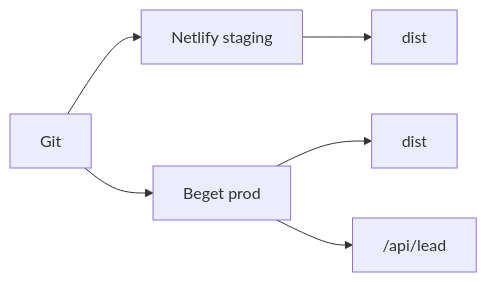
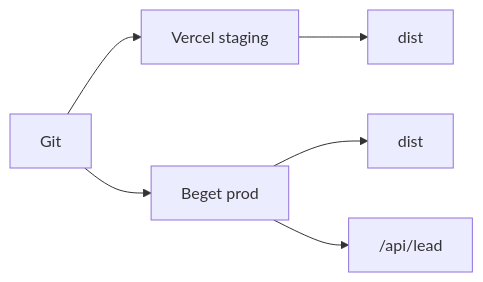
One commit to vladimirplyukhin89/monolit changed the diagram in docs/architecture/deploy.md. Above: the diagram before and after it, drawn with Mermaid. The commit also changed other lines of this file and 10 other files, not shown here.

````diff
--- a/docs/architecture/deploy.md
+++ b/docs/architecture/deploy.md
@@ -12,8 +12,8 @@
 ```mermaid
 flowchart LR
-  git[Git] --> netlify[Netlify staging]
+  git[Git] --> vercel[Vercel staging]
   git --> beget[Beget prod]
-  netlify --> distPreview[dist]
+  vercel --> distPreview[dist]
   beget --> distProd[dist]
   beget --> api["/api/lead"]
 ```
````
